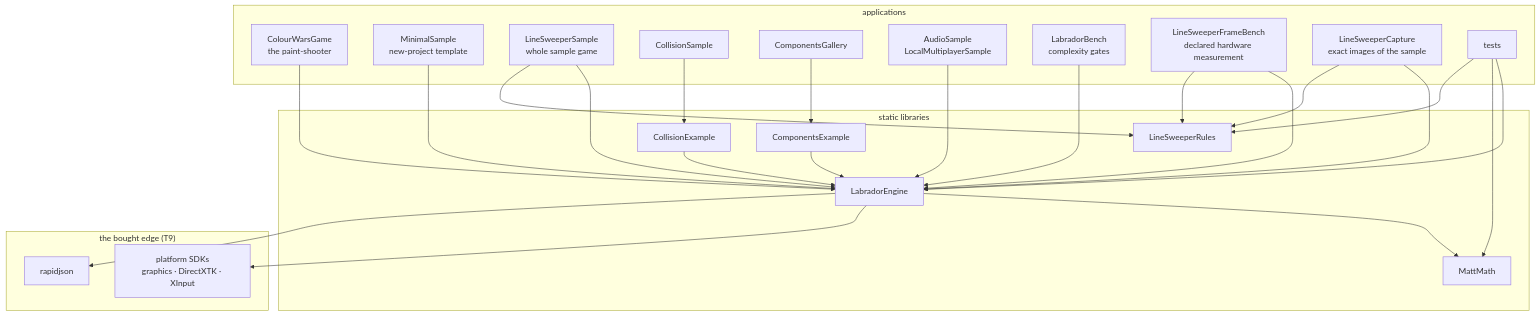
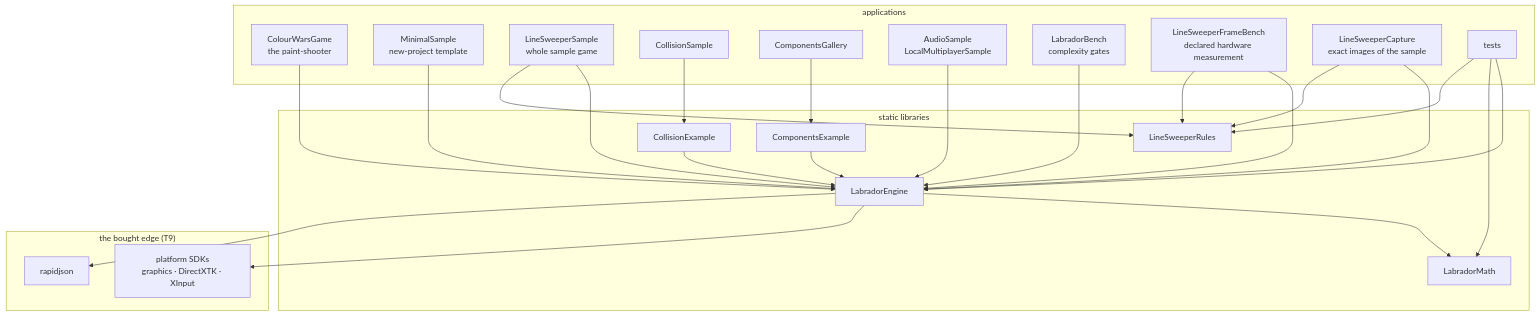
Before and after one commit to matt439/Labrador: the first of 2 diagrams in docs/design/ARCHITECTURE.md, drawn with Mermaid. The commit also changed other lines of this file and 255 other files, not shown here.

First line of the commit message:
Move the math library into namespace labrador as LabradorMath

````diff
--- a/docs/design/ARCHITECTURE.md
+++ b/docs/design/ARCHITECTURE.md
@@ -44,46 +44,46 @@
 ```mermaid
 flowchart TD
     subgraph apps["applications"]
         game["ColourWarsGame<br/>the paint-shooter"]
         sample["MinimalSample<br/>new-project template"]
         linesweeper["LineSweeperSample<br/>whole sample game"]
         collision_sample["CollisionSample"]
         gallery["ComponentsGallery"]
         guides["AudioSample<br/>LocalMultiplayerSample"]
         throughput["LabradorBench<br/>complexity gates"]
         frame["LineSweeperFrameBench<br/>declared hardware measurement"]
         capture["LineSweeperCapture<br/>exact images of the sample"]
         tests["tests"]
     end
     subgraph libs["static libraries"]
         engine["LabradorEngine"]
-        math["MattMath"]
+        math["LabradorMath"]
         rules["LineSweeperRules"]
         collision_example["CollisionExample"]
         components["ComponentsExample"]
     end
     subgraph edge["the bought edge (T9)"]
         sdks["platform SDKs<br/>graphics · DirectXTK · XInput"]
         rapidjson["rapidjson"]
     end
     game --> engine
     sample --> engine
     linesweeper --> engine
     linesweeper --> rules
     collision_sample --> collision_example
     collision_example --> engine
     gallery --> components
     components --> engine
     guides --> engine
     throughput --> engine
     frame --> engine
     frame --> rules
     capture --> engine
     capture --> rules
     tests --> engine
     tests --> math
     tests --> rules
     engine --> math
     engine --> sdks
     engine --> rapidjson
 ```
````
